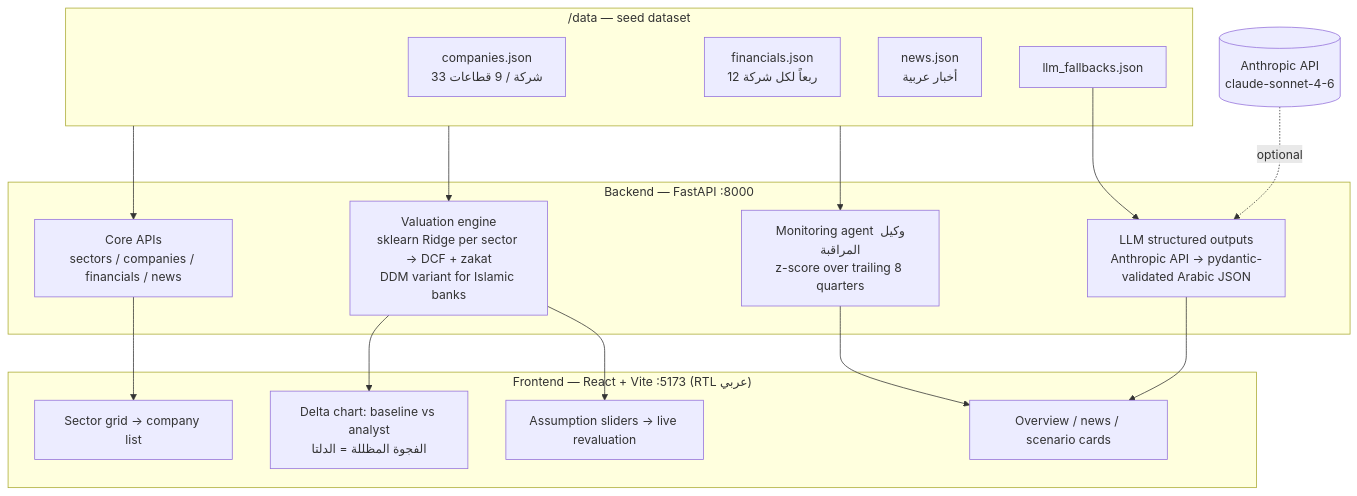
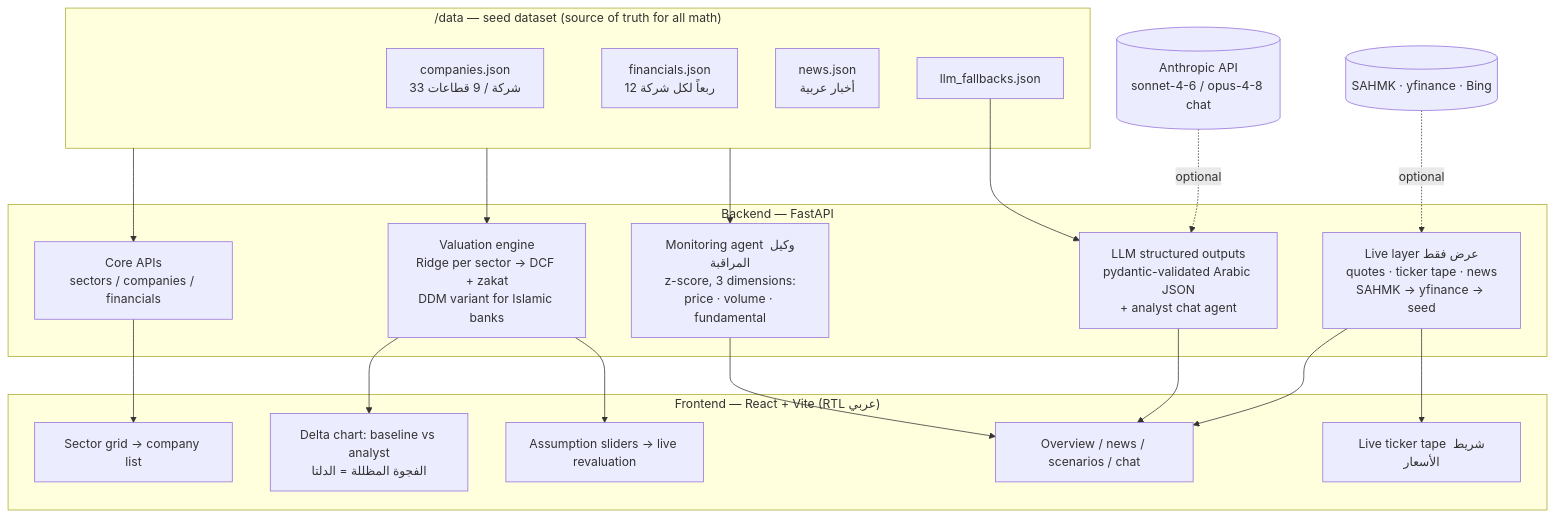
The diagram in README.md (MohMeilhem/Delta), drawn with Mermaid before and after one commit. The commit also changed other lines of this file, not shown here.

First line of the commit message:
@ Update README: live deployment, live data layer, chat, 88 tests

````diff
--- a/README.md
+++ b/README.md
@@ -57,34 +72,39 @@
 ```mermaid
 flowchart TB
-    subgraph data["/data — seed dataset"]
+    subgraph data["/data — seed dataset (source of truth for all math)"]
         companies[companies.json<br/>33 شركة / 9 قطاعات]
         financials[financials.json<br/>12 ربعاً لكل شركة]
         news[news.json<br/>أخبار عربية]
         fallbacks[llm_fallbacks.json]
     end
 
-    subgraph backend["Backend — FastAPI :8000"]
-        apis[Core APIs<br/>sectors / companies / financials / news]
-        val[Valuation engine<br/>sklearn Ridge per sector → DCF + zakat<br/>DDM variant for Islamic banks]
-        agent[Monitoring agent وكيل المراقبة<br/>z-score over trailing 8 quarters]
-        llm[LLM structured outputs<br/>Anthropic API → pydantic-validated Arabic JSON]
+    subgraph backend["Backend — FastAPI"]
+        apis[Core APIs<br/>sectors / companies / financials]
+        val[Valuation engine<br/>Ridge per sector → DCF + zakat<br/>DDM variant for Islamic banks]
+        agent[Monitoring agent وكيل المراقبة<br/>z-score, 3 dimensions:<br/>price · volume · fundamental]
+        llm[LLM structured outputs<br/>pydantic-validated Arabic JSON<br/>+ analyst chat agent]
+        live[Live layer عرض فقط<br/>quotes · ticker tape · news<br/>SAHMK → yfinance → seed]
     end
 
-    subgraph frontend["Frontend — React + Vite :5173 (RTL عربي)"]
+    subgraph frontend["Frontend — React + Vite (RTL عربي)"]
         home[Sector grid → company list]
         chart[Delta chart: baseline vs analyst<br/>الفجوة المظللة = الدلتا]
         sliders[Assumption sliders → live revaluation]
-        cards[Overview / news / scenario cards]
+        cards[Overview / news / scenarios / chat]
+        tape[Live ticker tape شريط الأسعار]
     end
 
     data --> apis
     data --> val
     data --> agent
     fallbacks --> llm
     apis --> home
     val --> chart
     val --> sliders
     agent --> cards
     llm --> cards
-    anthropic[(Anthropic API<br/>claude-sonnet-4-6)] -. optional .-> llm
+    live --> tape
+    live --> cards
+    anthropic[(Anthropic API<br/>sonnet-4-6 / opus-4-8 chat)] -. optional .-> llm
+    sahmk[(SAHMK · yfinance · Bing)] -. optional .-> live
 ```
````
